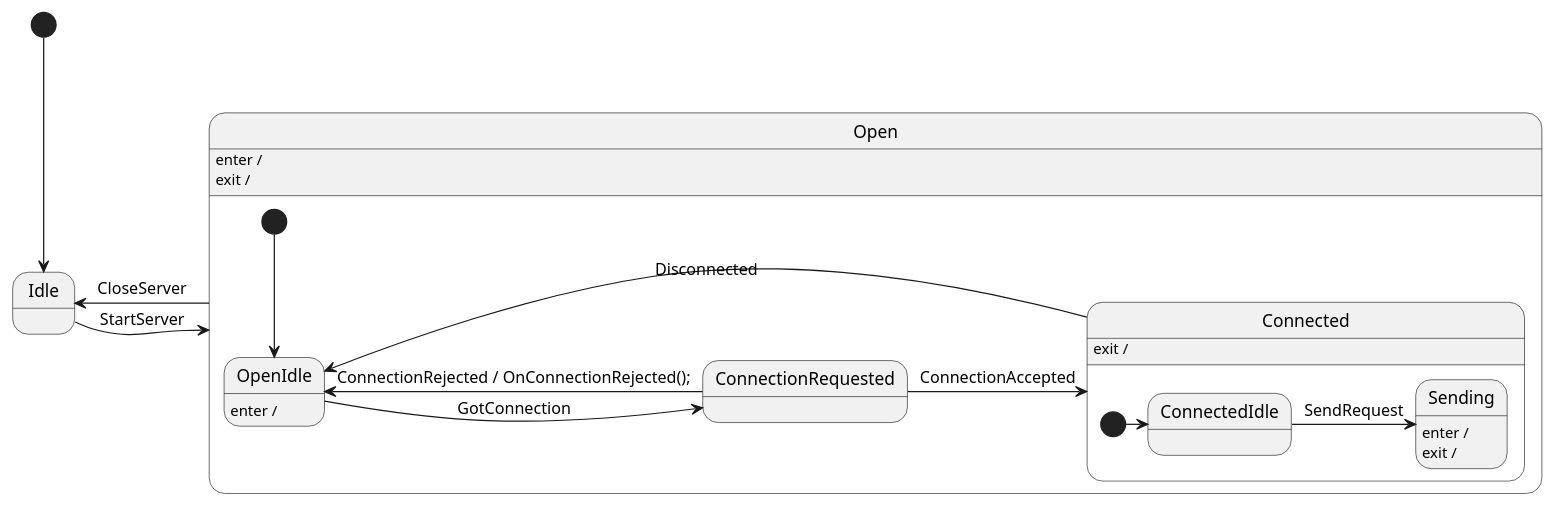
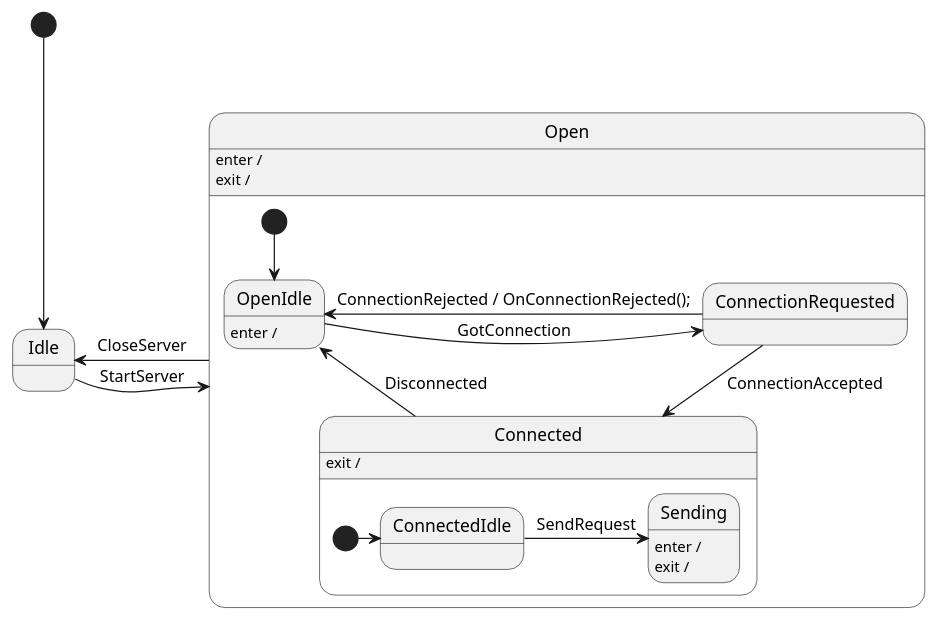
Before and after one commit to ArtemPindrus/FinancialTracker: the diagram in FinancialTracker/StateMachines/SyncServer/SyncServer.plantuml, drawn with PlantUML. The commit also changed 1 other file, not shown here.

Commit message:
make SyncServer diagram prettier

```diff
--- a/FinancialTracker/StateMachines/SyncServer/SyncServer.plantuml
+++ b/FinancialTracker/StateMachines/SyncServer/SyncServer.plantuml
@@ -1,43 +1,43 @@
 @startuml SyncServer
 
 state Idle
 state Open {
     Open: enter / 
     Open: exit / 
 
     state OpenIdle {
         OpenIdle: enter / 
     }
     state ConnectionRequested
     state Connected {
         Connected: exit /
 
         state ConnectedIdle
         state Sending {
             Sending: enter / 
             Sending: exit / 
         }
 
         [*] -> ConnectedIdle
 
         ConnectedIdle -> Sending: SendRequest
     }
 
     [*] --> OpenIdle
 
     Open -left-> Idle: CloseServer
 
     OpenIdle -> ConnectionRequested: GotConnection
 
-    ConnectionRequested -> Connected: ConnectionAccepted
-    ConnectionRequested -> OpenIdle: ConnectionRejected / OnConnectionRejected();
+    ConnectionRequested --> Connected: ConnectionAccepted
+    ConnectionRequested -left-> OpenIdle: ConnectionRejected / OnConnectionRejected();
 
-    Connected -left-> OpenIdle: Disconnected
+    Connected -up-> OpenIdle: Disconnected
 }
 
 
 [*] --> Idle
 
 Idle -> Open: StartServer
 
 @enduml
```
